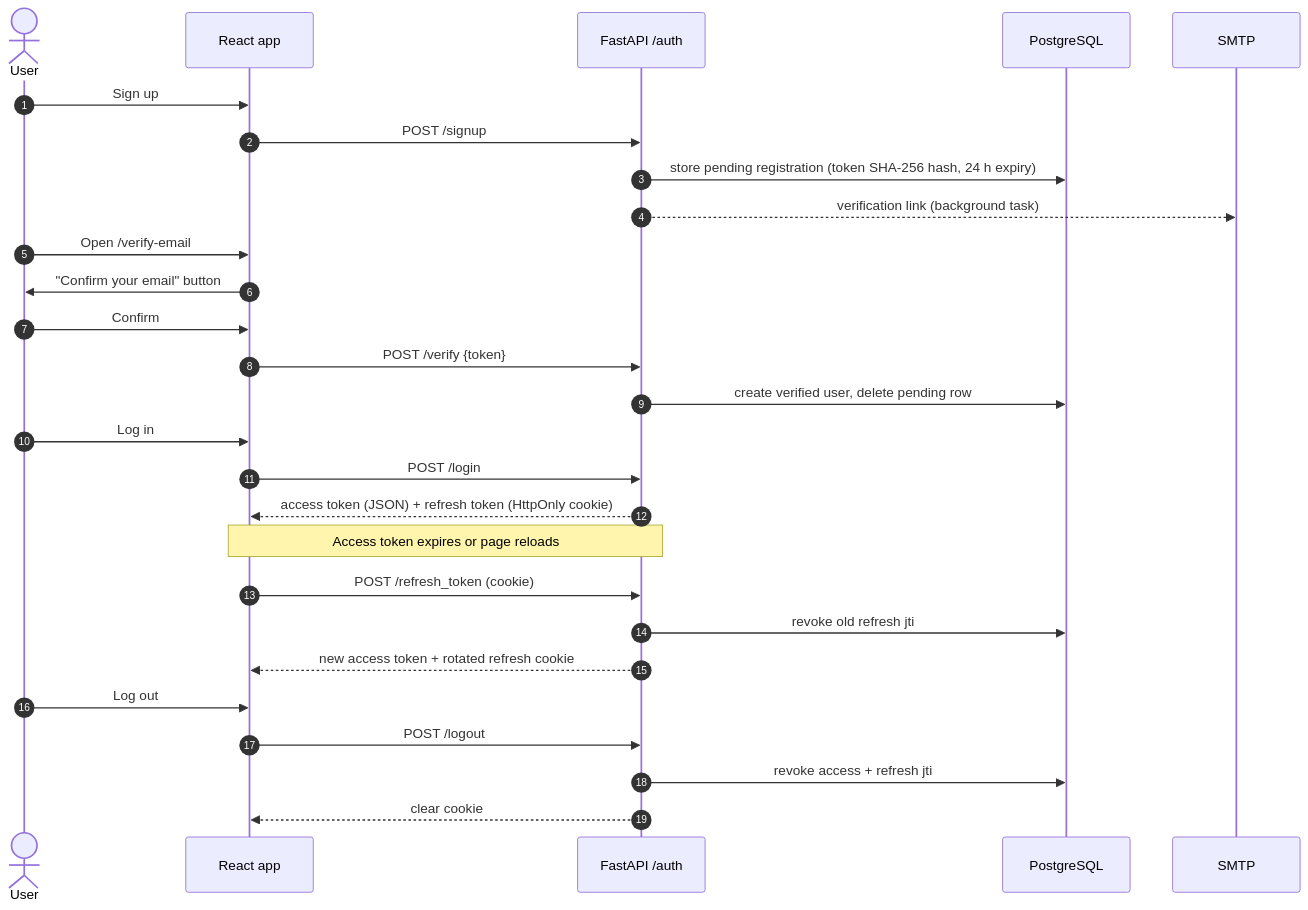
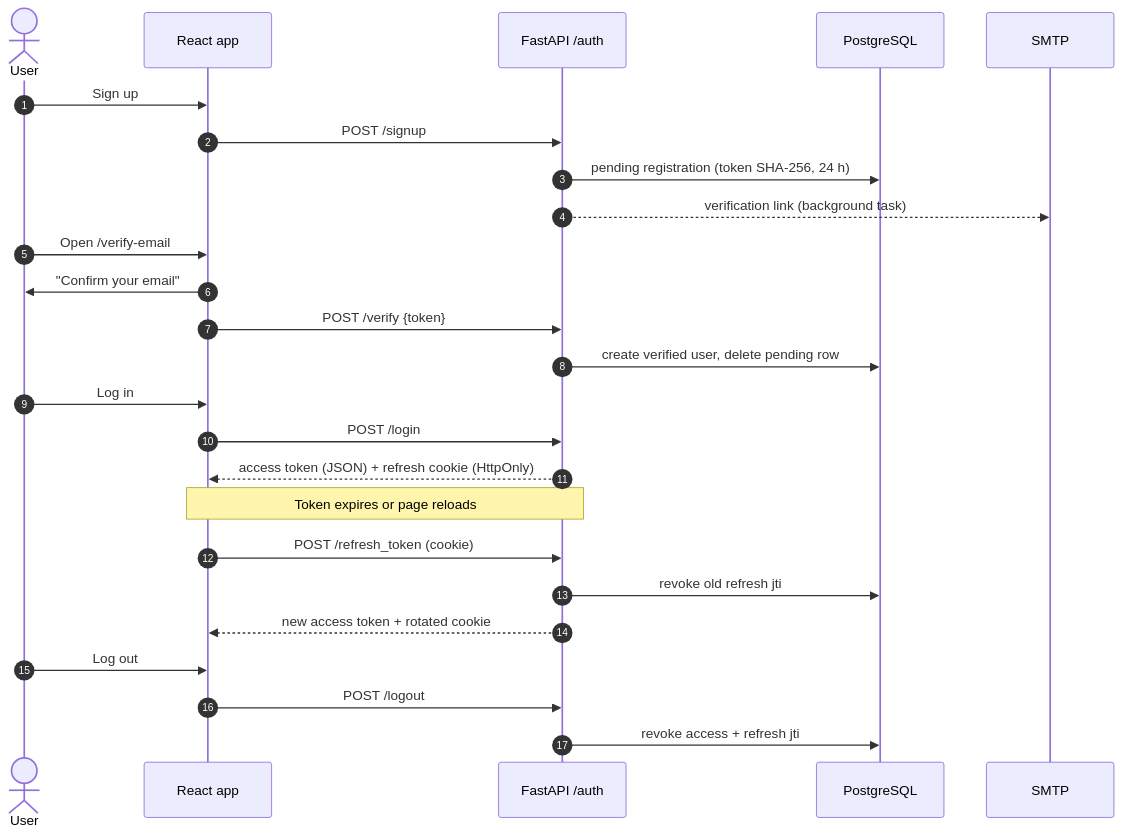
The second of 6 diagrams in README.md (SuprabhSharma/Tavilo-eCommerce), drawn with Mermaid before and after one commit. The commit also changed other lines of this file, not shown here.

````diff
--- a/README.md
+++ b/README.md
@@ -159,33 +120,31 @@
 ```mermaid
 sequenceDiagram
     autonumber
     actor U as User
     participant W as React app
     participant A as FastAPI /auth
     participant D as PostgreSQL
     participant M as SMTP
 
     U->>W: Sign up
     W->>A: POST /signup
-    A->>D: store pending registration (token SHA-256 hash, 24 h expiry)
+    A->>D: pending registration (token SHA-256, 24 h)
     A-->>M: verification link (background task)
     U->>W: Open /verify-email#token=…
-    W->>U: "Confirm your email" button
-    U->>W: Confirm
+    W->>U: "Confirm your email"
     W->>A: POST /verify {token}
     A->>D: create verified user, delete pending row
 
     U->>W: Log in
     W->>A: POST /login
-    A-->>W: access token (JSON) + refresh token (HttpOnly cookie)
+    A-->>W: access token (JSON) + refresh cookie (HttpOnly)
 
-    Note over W,A: Access token expires or page reloads
+    Note over W,A: Token expires or page reloads
     W->>A: POST /refresh_token (cookie)
     A->>D: revoke old refresh jti
-    A-->>W: new access token + rotated refresh cookie
+    A-->>W: new access token + rotated cookie
 
     U->>W: Log out
     W->>A: POST /logout
     A->>D: revoke access + refresh jti
-    A-->>W: clear cookie
 ```
````
